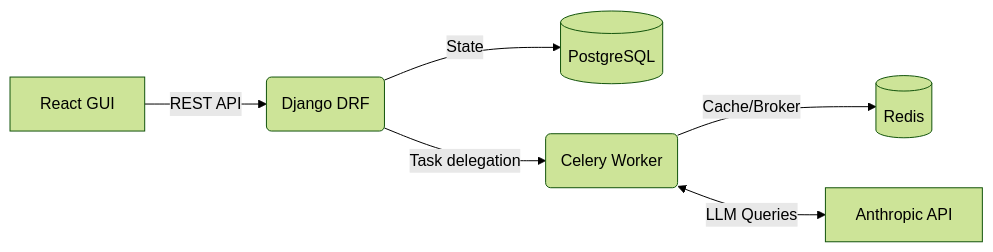
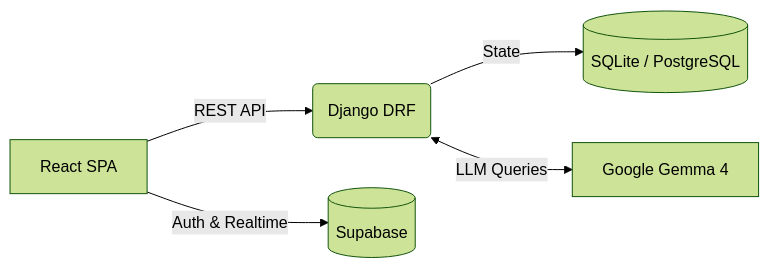
Before and after one commit to Nitram2704/Nexus-PM: the diagram in README.md, drawn with Mermaid (forest theme). The commit also changed other lines of this file and 2 other files, not shown here.

````diff
--- a/README.md
+++ b/README.md
@@ -78,8 +138,7 @@
 ```mermaid
 graph LR
-    A[React GUI] -->|REST API| B(Django DRF)
-    B -->|State| C[(PostgreSQL)]
-    B -->|Task delegation| D(Celery Worker)
-    D -->|Cache/Broker| E[(Redis)]
-    D <-->|LLM Queries| F[Anthropic API]
+    A[React SPA] -->|REST API| B(Django DRF)
+    A -->|Auth & Realtime| S[(Supabase)]
+    B -->|State| C[(SQLite / PostgreSQL)]
+    B <-->|LLM Queries| F[Google Gemma 4]
 ```
````
